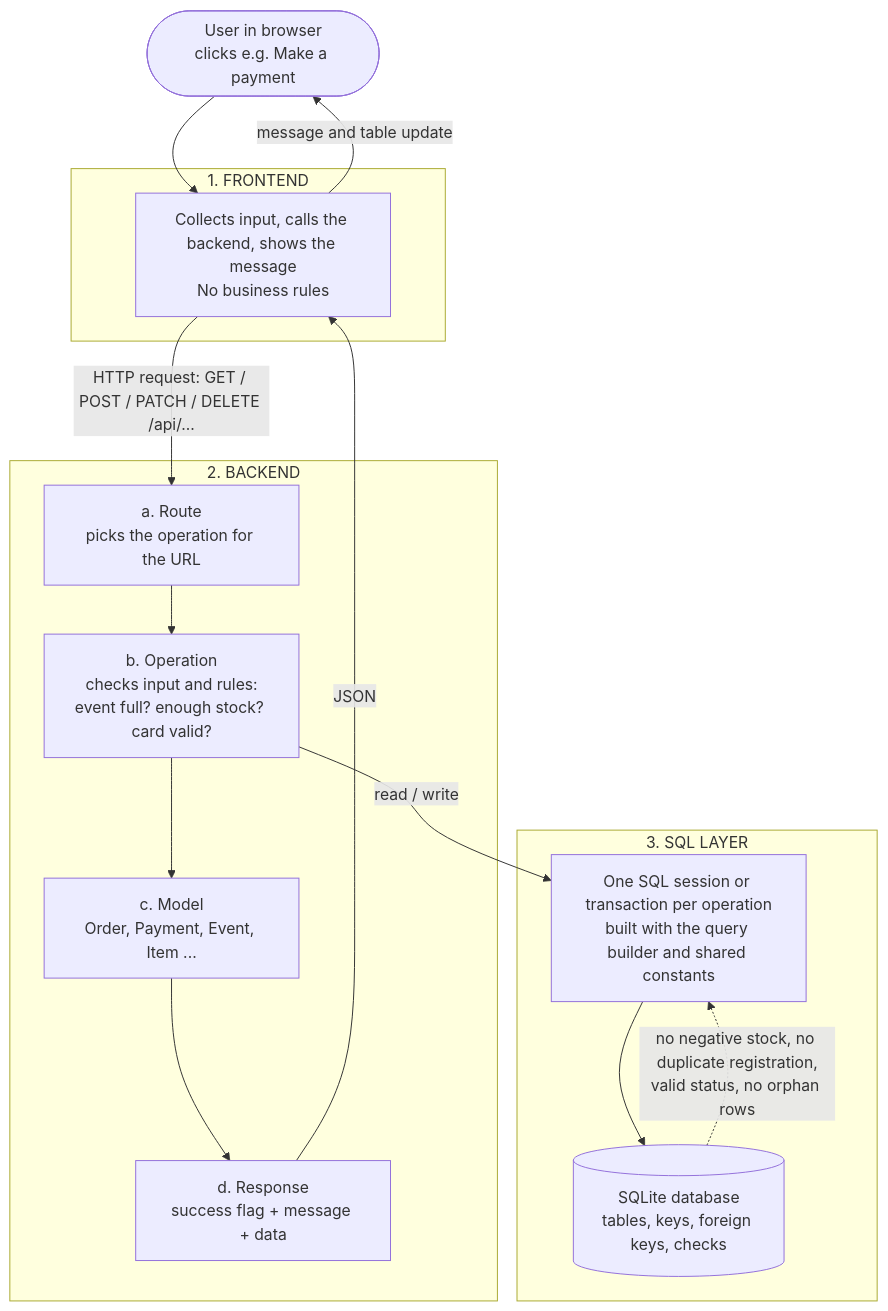
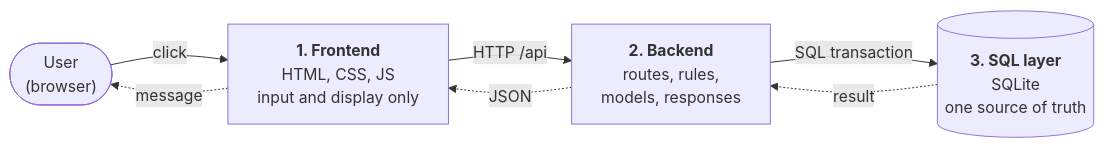
The first of 3 diagrams in README.md (Humi852/BTM495_project), drawn with Mermaid before and after one commit. The commit also changed other lines of this file, not shown here.

Commit message:
Add README pitch and compact landscape architecture diagram

````diff
--- a/README.md
+++ b/README.md
@@ -69,31 +5,14 @@
 ```mermaid
-flowchart TD
-    U(["User in browser<br/>clicks e.g. Make a payment"])
+flowchart LR
+    U(["User<br/>(browser)"])
+    FE["<b>1. Frontend</b><br/>HTML, CSS, JS<br/>input and display only"]
+    BE["<b>2. Backend</b><br/>routes, rules,<br/>models, responses"]
+    DB[("<b>3. SQL layer</b><br/>SQLite<br/>one source of truth")]
 
-    subgraph FE["1. FRONTEND"]
-        F["Collects input, calls the backend, shows the message<br/>No business rules"]
-    end
-
-    subgraph BE["2. BACKEND"]
-        R["a. Route<br/>picks the operation for the URL"]
-        O["b. Operation<br/>checks input and rules:<br/>event full? enough stock? card valid?"]
-        M["c. Model<br/>Order, Payment, Event, Item ..."]
-        S["d. Response<br/>success flag + message + data"]
-        R --> O
-        O --> M
-        M --> S
-    end
-
-    subgraph DB["3. SQL LAYER"]
-        Q["One SQL session or transaction per operation<br/>built with the query builder and shared constants"]
-        D[("SQLite database<br/>tables, keys, foreign keys, checks")]
-        Q --> D
-    end
-
-    U --> F
-    F -- "HTTP request: GET / POST / PATCH / DELETE /api/..." --> R
-    O -- "read / write" --> Q
-    D -. "no negative stock, no duplicate registration,<br/>valid status, no orphan rows" .-> Q
-    S -- "JSON" --> F
-    F -- "message and table update" --> U
+    U -- "click" --> FE
+    FE -- "HTTP /api" --> BE
+    BE -- "SQL transaction" --> DB
+    DB -. "result" .-> BE
+    BE -. "JSON" .-> FE
+    FE -. "message" .-> U
 ```
````
